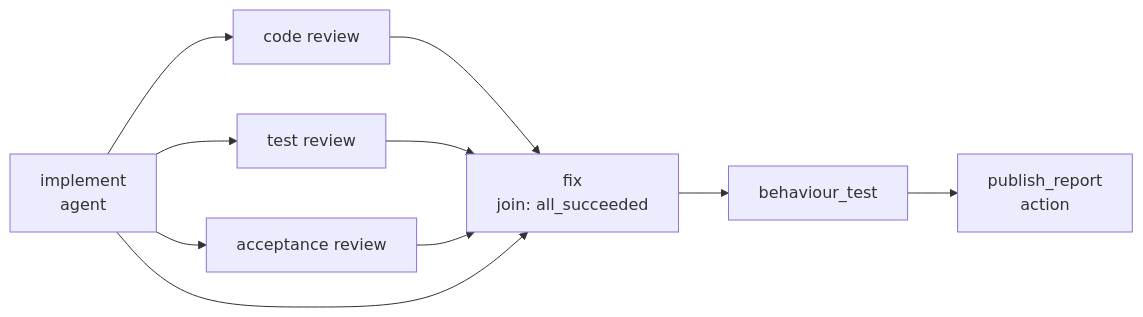
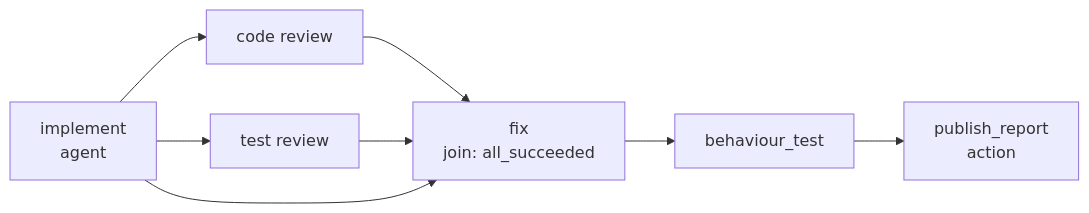
The diagram in docs/decisions/0006-node-vocabulary.md (Felix-Hummert/atelier-2), drawn with Mermaid before and after one commit. The commit also changed other lines of this file, not shown here.

````diff
--- a/docs/decisions/0006-node-vocabulary.md
+++ b/docs/decisions/0006-node-vocabulary.md
@@ -406,12 +686,10 @@
 ```mermaid
 flowchart LR
     I[implement<br/>agent] --> RC[code review]
     I --> RT[test review]
-    I --> RA[acceptance review]
     RC --> F[fix<br/>join: all_succeeded]
     RT --> F
-    RA --> F
     I --> F
     F --> B[behaviour_test]
     B --> P[publish_report<br/>action]
 ```
````
